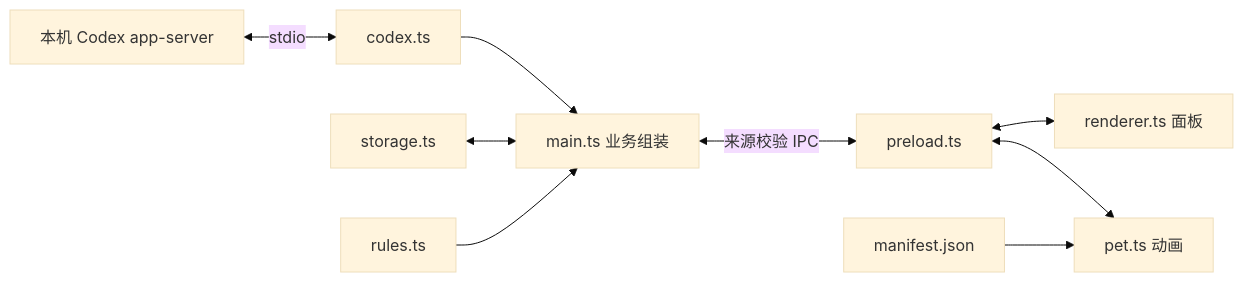
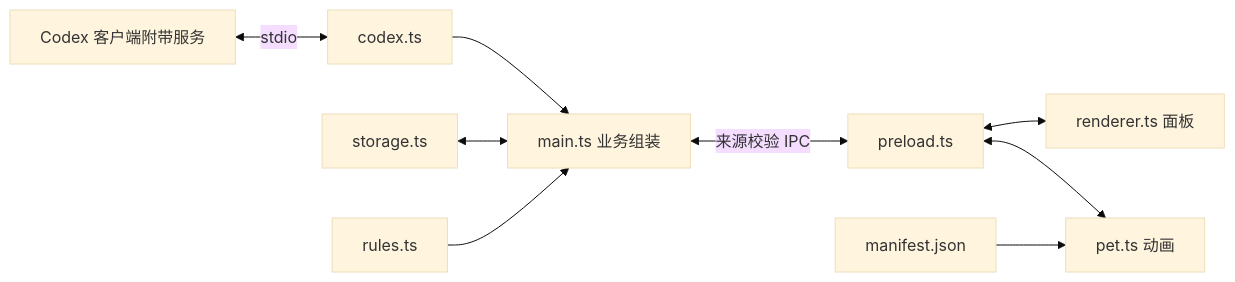
One commit to WoAiXueXiHa/naiwa-pet changed the diagram in docs/ARCHITECTURE.md. Above: the diagram before and after it, drawn with Mermaid (base theme). The commit also changed other lines of this file and 10 other files, not shown here.

Commit message:
Use only Codex desktop client service and remove separate login

````diff
--- a/docs/ARCHITECTURE.md
+++ b/docs/ARCHITECTURE.md
@@ -5,11 +5,11 @@
 ```mermaid
 flowchart LR
- CLI[本机 Codex app-server] <-->|stdio| Client[codex.ts]
+ CLI[Codex 客户端附带服务] <-->|stdio| Client[codex.ts]
  Client --> Main[main.ts 业务组装]
  Store[storage.ts] <--> Main
  Rules[rules.ts] --> Main
  Main <-->|来源校验 IPC| Bridge[preload.ts]
  Bridge <--> UI[renderer.ts 面板]
  Bridge <--> Pet[pet.ts 动画]
  Assets[manifest.json] --> Pet
 ```
````
